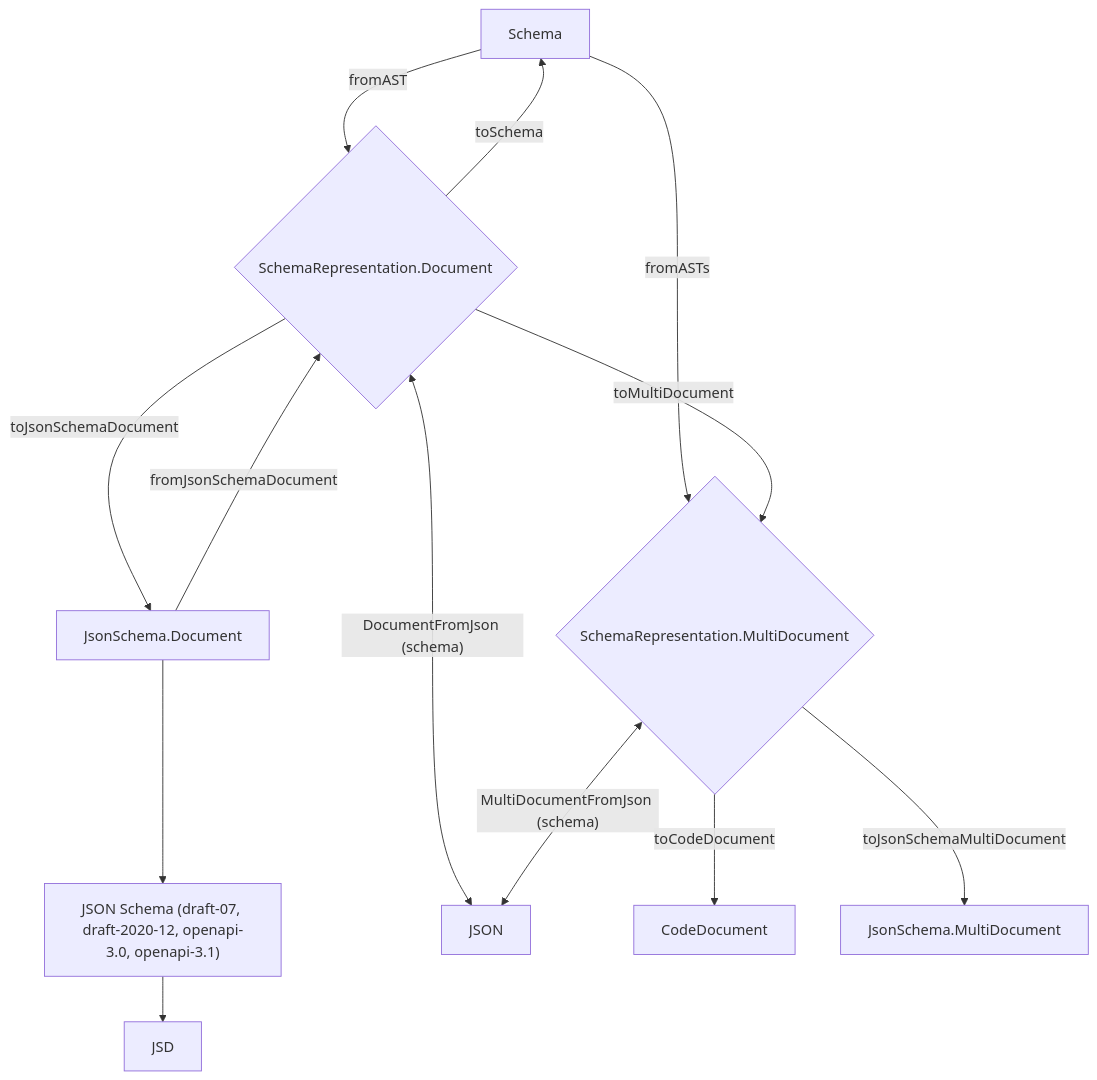
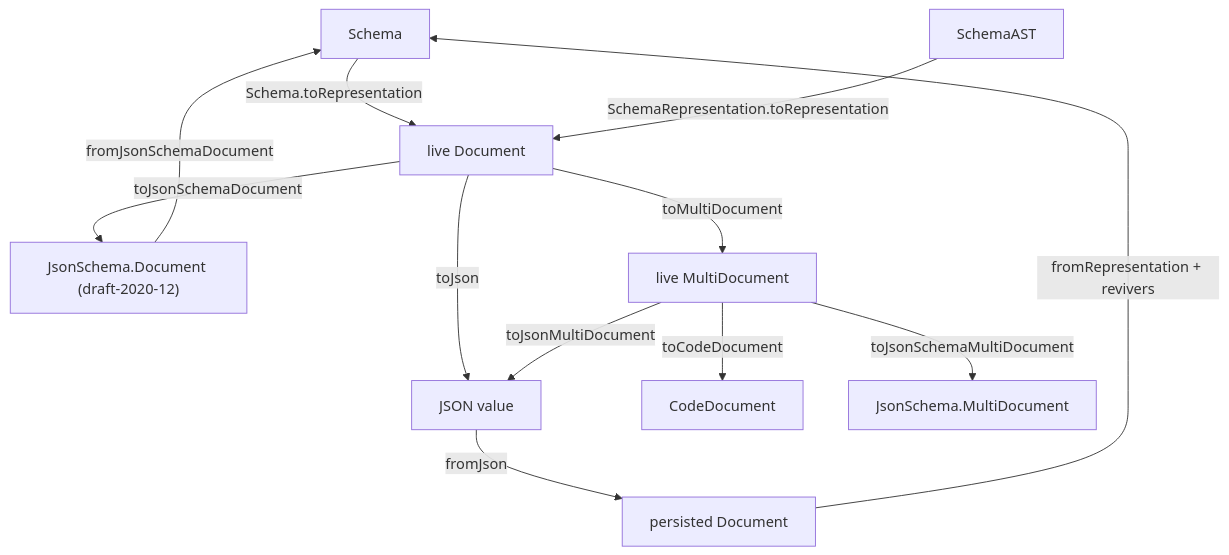
One commit to spencerbeggs/effected changed the diagram in plugin/skills/effect-v4-schema/references/12-schema-representation.md. Above: the diagram before and after it, drawn with Mermaid. The commit also changed other lines of this file and 156 other files, not shown here.

````diff
--- a/plugin/skills/effect-v4-schema/references/12-schema-representation.md
+++ b/plugin/skills/effect-v4-schema/references/12-schema-representation.md
@@ -29,15 +61,14 @@
 ```mermaid
 flowchart TD
-    S[Schema] -->|fromAST|D{"SchemaRepresentation.Document"}
-    S -->|fromASTs|MD{"SchemaRepresentation.MultiDocument"}
-    JS["JSON Schema (draft-07, draft-2020-12, openapi-3.0, openapi-3.1)"] -->JSD
-    JD --> JS
-    JD["JsonSchema.Document"] -->|fromJsonSchemaDocument|D
-    D <--> |"DocumentFromJson (schema)"|JSON
-    D --> |toJsonSchemaDocument|JD
-    D --> |toSchema|S
-    MD --> |toCodeDocument|CodeDocument["CodeDocument"]
-    D --> |toMultiDocument|MD
-    MD --> |toJsonSchemaMultiDocument|JMD[JsonSchema.MultiDocument]
-    MD <--> |"MultiDocumentFromJson (schema)"|JSON
+    S[Schema] -->|Schema.toRepresentation|LD["live Document"]
+    AST[SchemaAST] -->|SchemaRepresentation.toRepresentation|LD
+    LD -->|toJson|JSON["JSON value"]
+    JSON -->|fromJson|PD["persisted Document"]
+    PD -->|"fromRepresentation + revivers"|S
+    LD -->|toJsonSchemaDocument|JD["JsonSchema.Document (draft-2020-12)"]
+    JD -->|fromJsonSchemaDocument|S
+    LD -->|toMultiDocument|LMD["live MultiDocument"]
+    LMD -->|toCodeDocument|CodeDocument
+    LMD -->|toJsonSchemaMultiDocument|JMD[JsonSchema.MultiDocument]
+    LMD -->|toJsonMultiDocument|JSON
 ```
````
